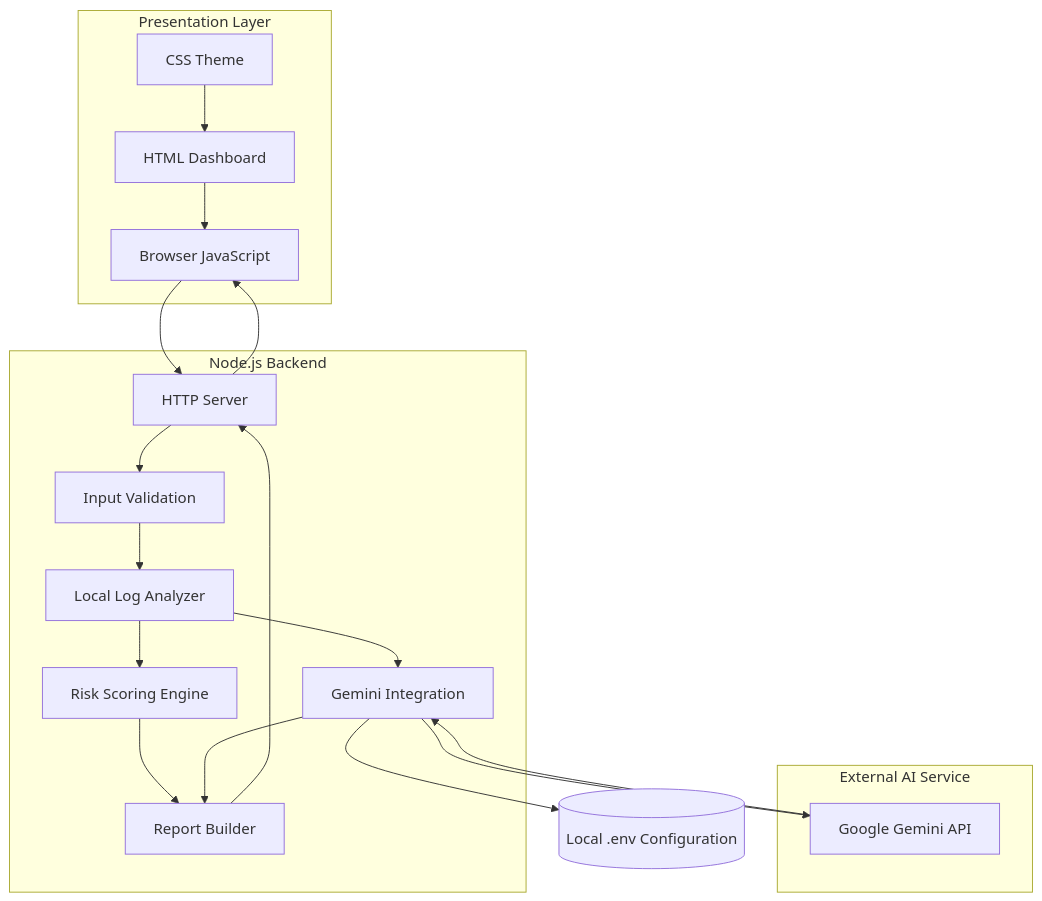
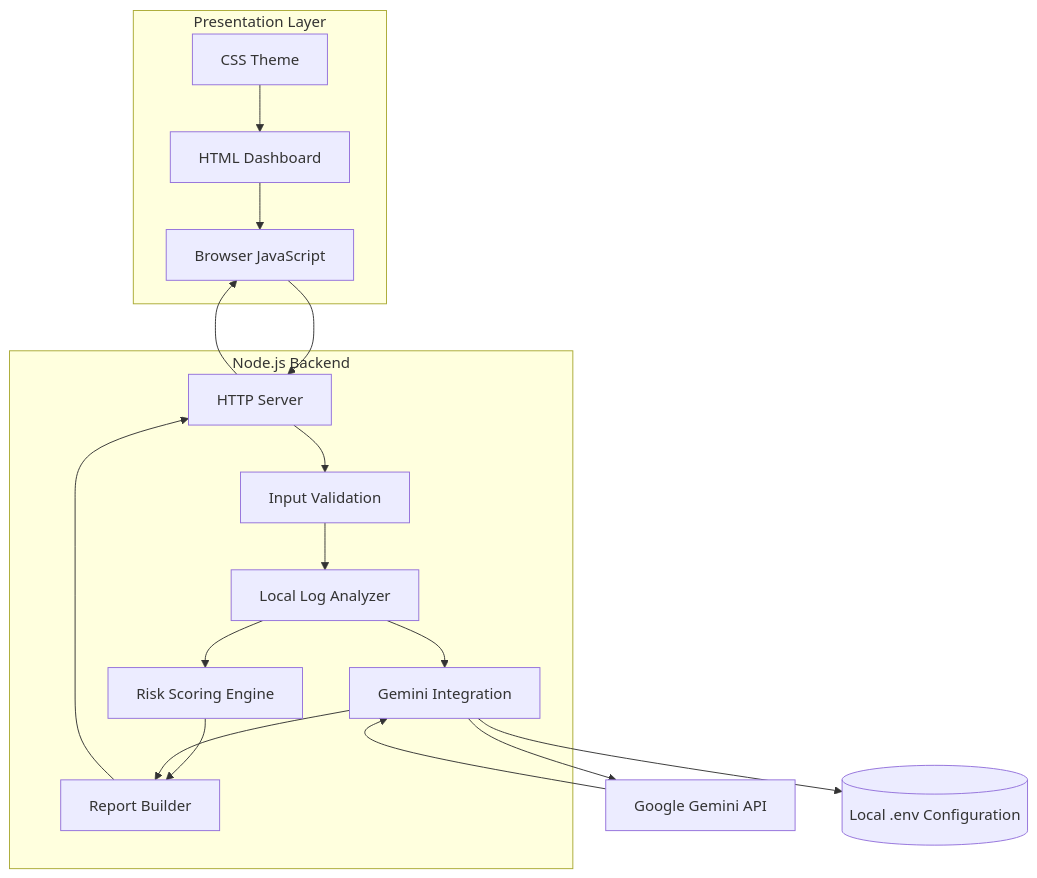
One commit to Suchit-2004/ReleasePilot-AI changed the second of 2 diagrams in README.md. Above: the diagram before and after it, drawn with Mermaid. The commit also changed other lines of this file, not shown here.

````diff
--- a/README.md
+++ b/README.md
@@ -159,38 +147,35 @@
-```mermaid
+``` mermaid
 flowchart TB
     subgraph UI["Presentation Layer"]
         A[HTML Dashboard]
         B[CSS Theme]
         C[Browser JavaScript]
     end
 
     subgraph Backend["Node.js Backend"]
         D[HTTP Server]
         E[Input Validation]
         F[Local Log Analyzer]
         G[Risk Scoring Engine]
         H[Gemini Integration]
         I[Report Builder]
     end
 
-    subgraph External["External AI Service"]
-        J[Google Gemini API]
-    end
-
+    J[Google Gemini API]
     K[(Local .env Configuration)]
 
     A --> C
     B --> A
     C --> D
     D --> E
     E --> F
     F --> G
     G --> I
     F --> H
     H --> K
     H --> J
     J --> H
     H --> I
     I --> D
     D --> C
 ```
````
